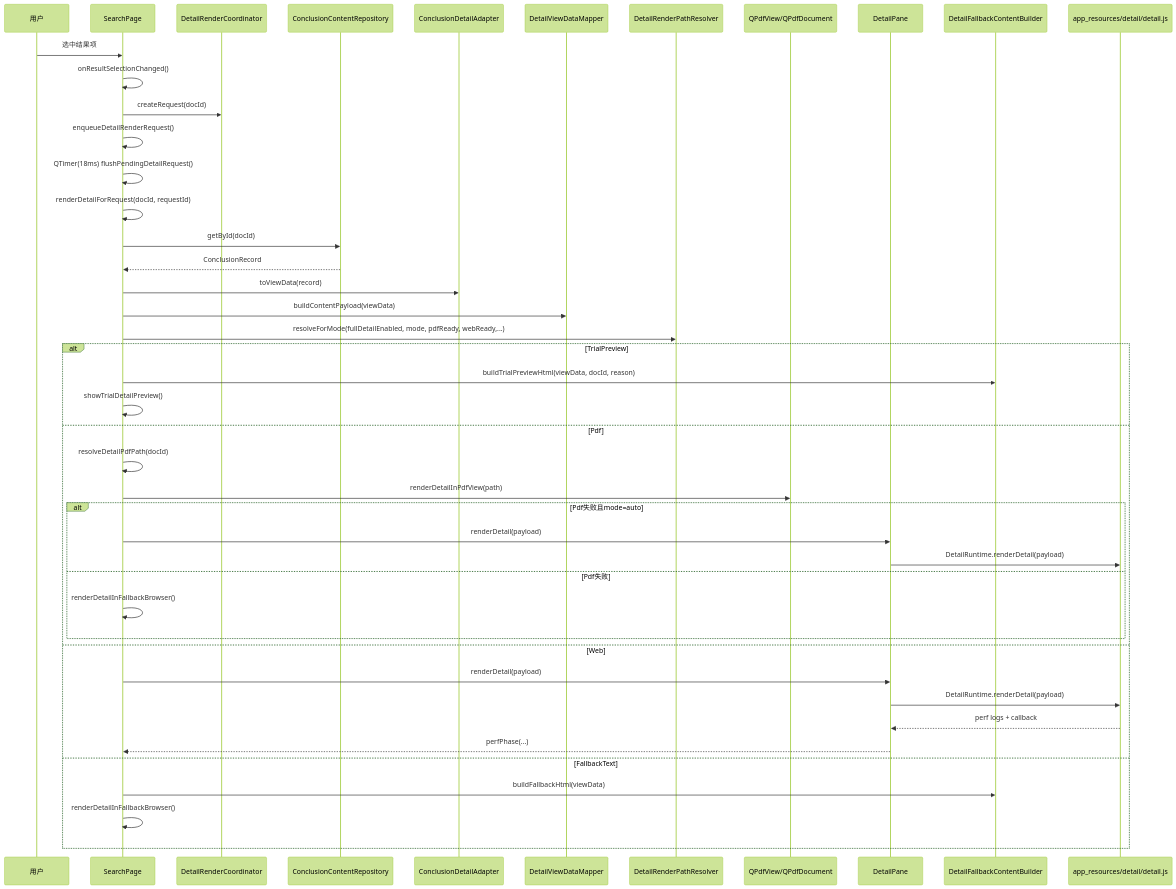
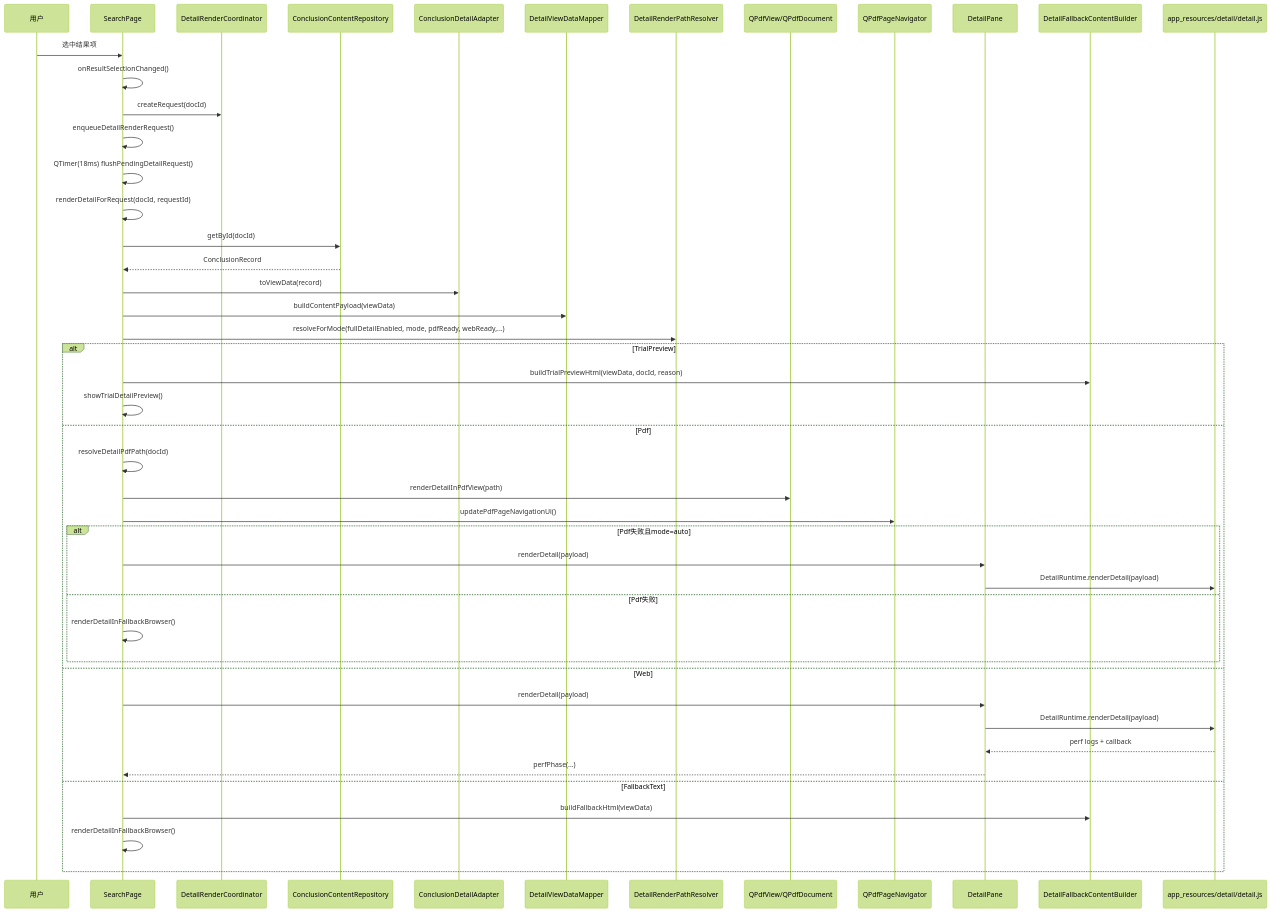
The fourth of 9 diagrams in docs/runtime_flow.md (yfchenggithub/math_search_win), drawn with Mermaid (forest theme) before and after one commit. The commit also changed other lines of this file and 7 other files, not shown here.

````diff
--- a/docs/runtime_flow.md
+++ b/docs/runtime_flow.md
@@ -126,47 +128,49 @@
 ```mermaid
 sequenceDiagram
   participant U as 用户
   participant SP as SearchPage
   participant DRC as DetailRenderCoordinator
   participant CR as ConclusionContentRepository
   participant DA as ConclusionDetailAdapter
   participant M as DetailViewDataMapper
   participant DRP as DetailRenderPathResolver
   participant PDF as QPdfView/QPdfDocument
+  participant NAV as QPdfPageNavigator
   participant DP as DetailPane
   participant FB as DetailFallbackContentBuilder
   participant JS as app_resources/detail/detail.js
 
   U->>SP: 选中结果项
   SP->>SP: onResultSelectionChanged()
   SP->>DRC: createRequest(docId)
   SP->>SP: enqueueDetailRenderRequest()
   SP->>SP: QTimer(18ms) flushPendingDetailRequest()
   SP->>SP: renderDetailForRequest(docId, requestId)
   SP->>CR: getById(docId)
   CR-->>SP: ConclusionRecord
   SP->>DA: toViewData(record)
   SP->>M: buildContentPayload(viewData)
   SP->>DRP: resolveForMode(fullDetailEnabled, mode, pdfReady, webReady,...)
   alt TrialPreview
     SP->>FB: buildTrialPreviewHtml(viewData, docId, reason)
     SP->>SP: showTrialDetailPreview()
   else Pdf
     SP->>SP: resolveDetailPdfPath(docId)
     SP->>PDF: renderDetailInPdfView(path)
+    SP->>NAV: updatePdfPageNavigationUi()
     alt Pdf失败且mode=auto
       SP->>DP: renderDetail(payload)
       DP->>JS: DetailRuntime.renderDetail(payload)
     else Pdf失败
       SP->>SP: renderDetailInFallbackBrowser()
     end
   else Web
     SP->>DP: renderDetail(payload)
     DP->>JS: DetailRuntime.renderDetail(payload)
     JS-->>DP: perf logs + callback
     DP-->>SP: perfPhase(...)
   else FallbackText
     SP->>FB: buildFallbackHtml(viewData)
     SP->>SP: renderDetailInFallbackBrowser()
   end
 ```
````
